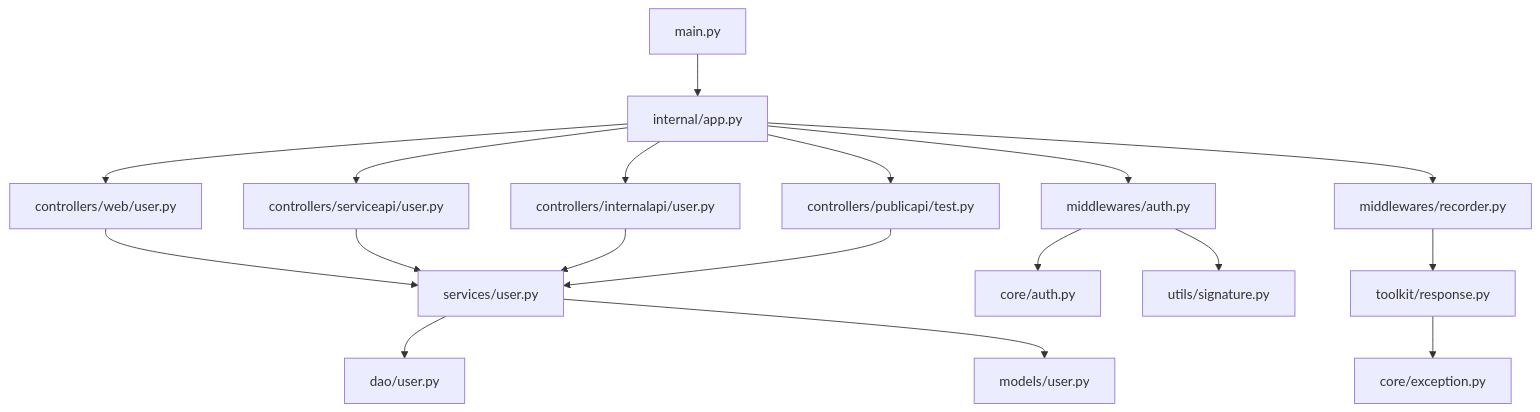
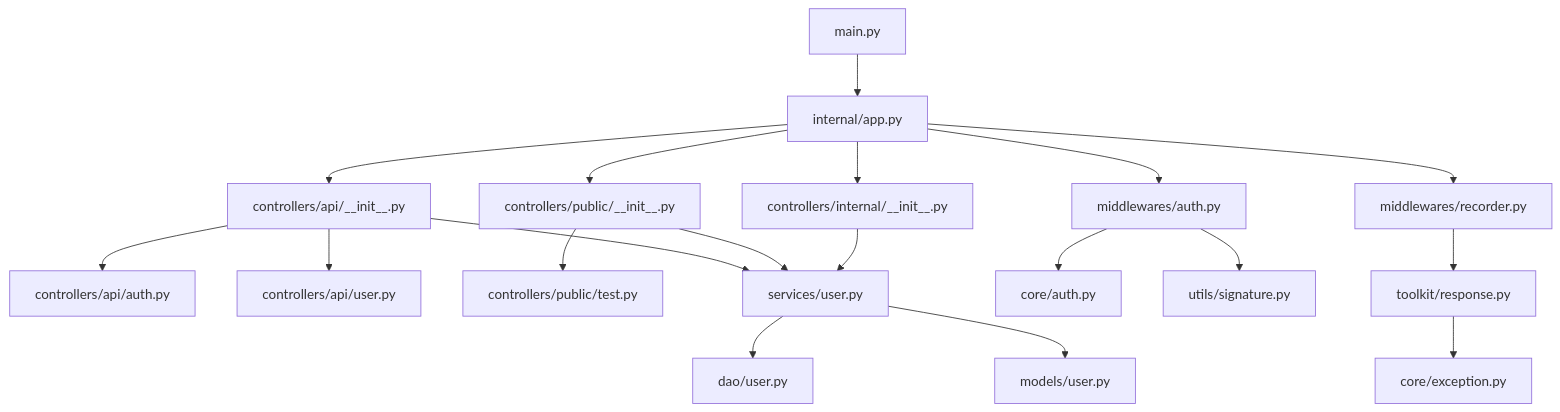
One commit to lilinzezzzzzz/fastapi-backend changed the third of 3 diagrams in .qoder/repowiki/zh/content/API接口文档/API接口文档.md. Above: the diagram before and after it, drawn with Mermaid. The commit also changed other lines of this file and 42 other files, not shown here.

````diff
--- a/.qoder/repowiki/zh/content/API接口文档/API接口文档.md
+++ b/.qoder/repowiki/zh/content/API接口文档/API接口文档.md
@@ -299,20 +335,21 @@
 ```mermaid
 graph TB
 MAIN["main.py"] --> APP["internal/app.py"]
-APP --> WEB["controllers/web/user.py"]
-APP --> SERVICE["controllers/serviceapi/user.py"]
-APP --> INTERNAL["controllers/internalapi/user.py"]
-APP --> PUBLIC["controllers/publicapi/test.py"]
-WEB --> SVC_USER["services/user.py"]
-SERVICE --> SVC_USER
+APP --> API["controllers/api/__init__.py"]
+APP --> PUBLIC["controllers/public/__init__.py"]
+APP --> INTERNAL["controllers/internal/__init__.py"]
+API --> AUTH["controllers/api/auth.py"]
+API --> USER["controllers/api/user.py"]
+PUBLIC --> TEST["controllers/public/test.py"]
+API --> SVC_USER["services/user.py"]
+PUBLIC --> SVC_USER
 INTERNAL --> SVC_USER
-PUBLIC --> SVC_USER
-APP --> AUTH["middlewares/auth.py"]
+APP --> AUTH_MW["middlewares/auth.py"]
 APP --> RECORDER["middlewares/recorder.py"]
 SVC_USER --> DAO_USER["dao/user.py"]
 SVC_USER --> MODEL_USER["models/user.py"]
-AUTH --> CORE_AUTH["core/auth.py"]
-AUTH --> SIG_UTIL["utils/signature.py"]
+AUTH_MW --> CORE_AUTH["core/auth.py"]
+AUTH_MW --> SIG_UTIL["utils/signature.py"]
 RECORDER --> RESP["toolkit/response.py"]
 RESP --> ERR["core/exception.py"]
 ```
````
